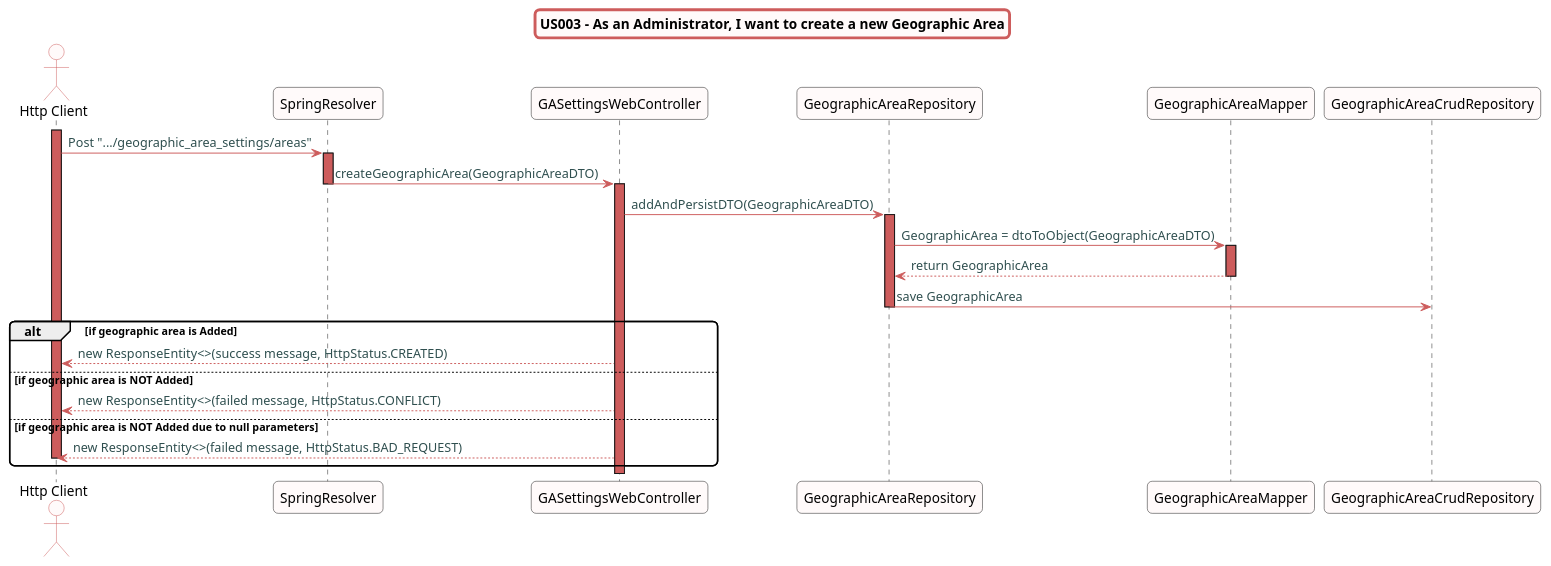
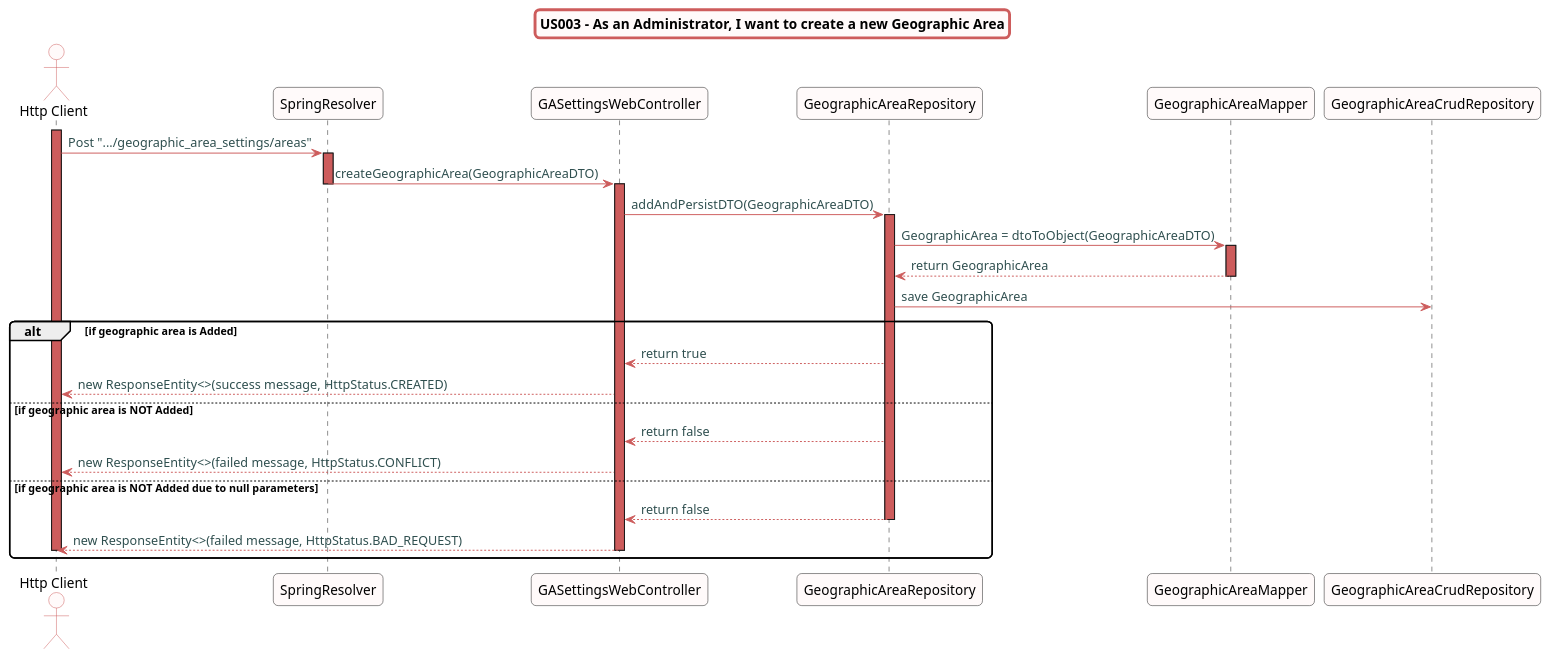
Before and after one commit to Almadanmp/project: the diagram in src/doc/WEB_Controllers/GASettings/US003/US003_sd_GASettings.puml, drawn with PlantUML. The commit also changed 1 other file, not shown here.

Commit message:
REF #360 #361 - updated diagrams.

```diff
--- a/src/doc/WEB_Controllers/GASettings/US003/US003_sd_GASettings.puml
+++ b/src/doc/WEB_Controllers/GASettings/US003/US003_sd_GASettings.puml
@@ -1,54 +1,58 @@
 @startuml
 
 skinparam titleBorderRoundCorner 10
 skinparam titleBorderThickness 3
 skinparam titleBorderColor indianred
 skinparam titleBackgroundColor snow
 skinparam FontName quicksand
 
 skinparam actor {
   BorderColor indianred
   backgroundColor Snow
   }
 
 skinparam sequence {
   LifeLineBackgroundColor indianred
   ParticipantBackgroundColor snow
 }
 
 skinparam roundcorner 10
 
 skinparam component {
   arrowThickness 1
   ArrowFontName Verdana
   ArrowColor indianred
   ArrowFontColor darkslategrey
 }
 
 title US003 - As an Administrator, I want to create a new Geographic Area
 
 actor "Http Client"
 activate "Http Client"
 "Http Client" -> "SpringResolver":  Post ".../geographic_area_settings/areas"
 activate "SpringResolver"
 "SpringResolver"->"GASettingsWebController": createGeographicArea(GeographicAreaDTO)
 deactivate "SpringResolver"
 activate "GASettingsWebController"
 "GASettingsWebController" -> "GeographicAreaRepository": addAndPersistDTO(GeographicAreaDTO)
 activate "GeographicAreaRepository"
 "GeographicAreaRepository" -> "GeographicAreaMapper": GeographicArea = dtoToObject(GeographicAreaDTO)
 activate "GeographicAreaMapper"
 "GeographicAreaMapper" --> "GeographicAreaRepository": return GeographicArea
 deactivate "GeographicAreaMapper"
 "GeographicAreaRepository" -> "GeographicAreaCrudRepository": save GeographicArea
-deactivate "GeographicAreaRepository"
 alt if geographic area is Added
+"GeographicAreaRepository" -->  "GASettingsWebController": return true
 "GASettingsWebController" --> "Http Client": new ResponseEntity<>(success message, HttpStatus.CREATED)
 else if geographic area is NOT Added
+"GeographicAreaRepository" -->  "GASettingsWebController": return false
 "GASettingsWebController" --> "Http Client": new ResponseEntity<>(failed message, HttpStatus.CONFLICT)
 else if geographic area is NOT Added due to null parameters
+"GeographicAreaRepository" -->  "GASettingsWebController": return false
+deactivate "GeographicAreaRepository"
 "GASettingsWebController" --> "Http Client": new ResponseEntity<>(failed message, HttpStatus.BAD_REQUEST)
+deactivate "GASettingsWebController"
 deactivate "Http Client"
 end
 
 @enduml
```
